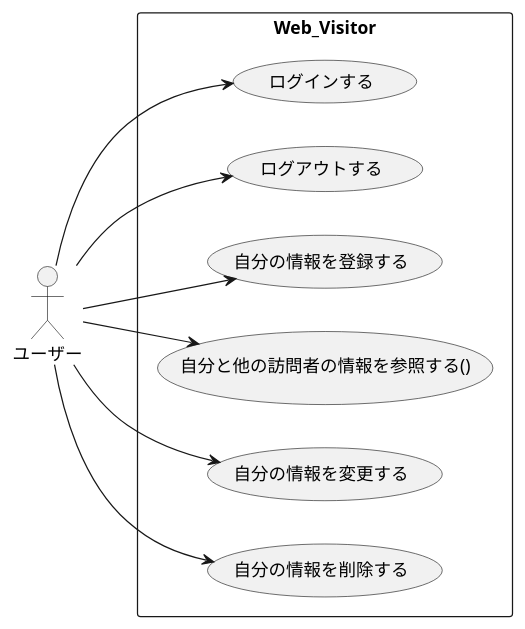
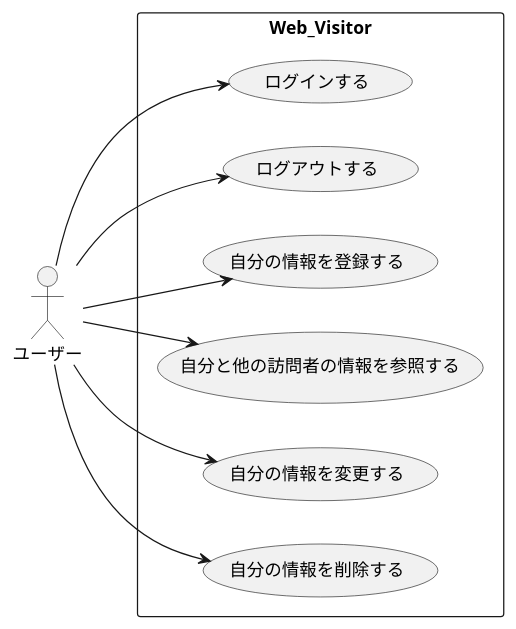
The diagram in group/07_web_visitor_3_2/usecase.pu (oharayu/ohara_uml), drawn with PlantUML before and after one commit. The commit also changed 4 other files, not shown here.

```diff
--- a/group/07_web_visitor_3_2/usecase.pu
+++ b/group/07_web_visitor_3_2/usecase.pu
@@ -1,19 +1,19 @@
 @startuml Web_Visitorユースケース図
 left to right direction
 actor ユーザー as U
 
 rectangle Web_Visitor {
   usecase "ログインする" as UC0
   usecase "ログアウトする" as UC2
   usecase "自分の情報を登録する" as UC3
-  usecase "自分と他の訪問者の情報を参照する()" as UC4
+  usecase "自分と他の訪問者の情報を参照する" as UC4
   usecase "自分の情報を変更する" as UC5
   usecase "自分の情報を削除する" as UC6
 }
 U --> UC0
 U --> UC2
 U --> UC3
 U --> UC4
 U --> UC5
 U --> UC6
 @enduml
```
